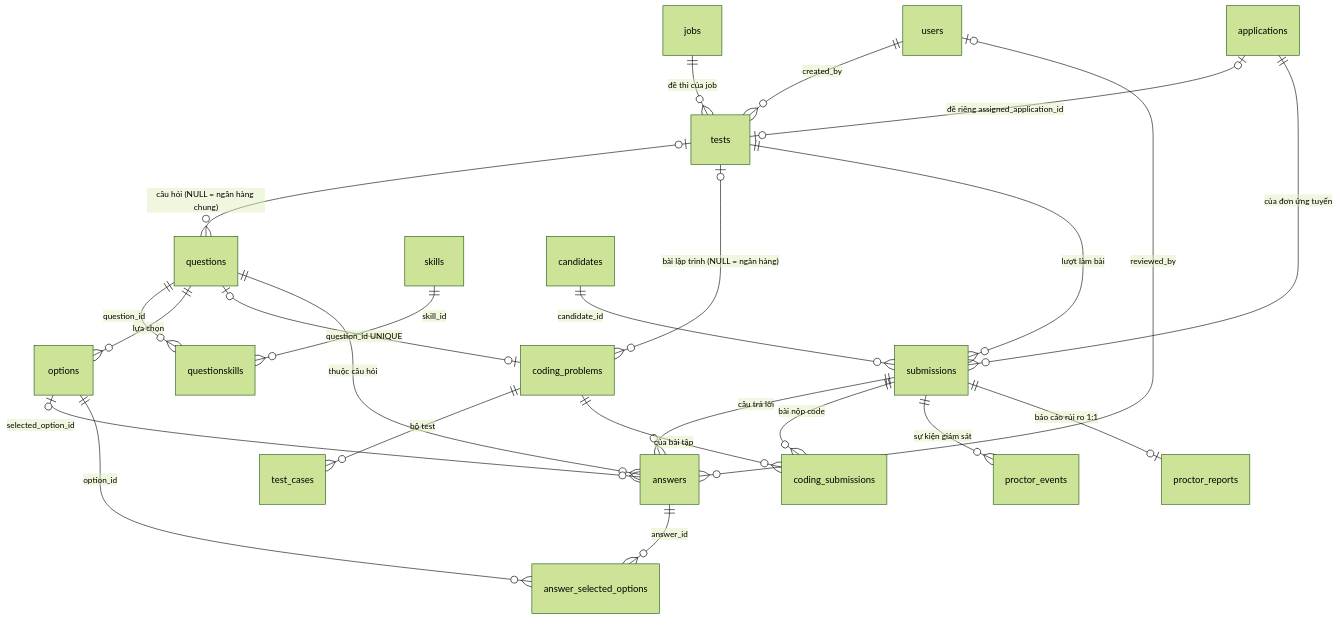
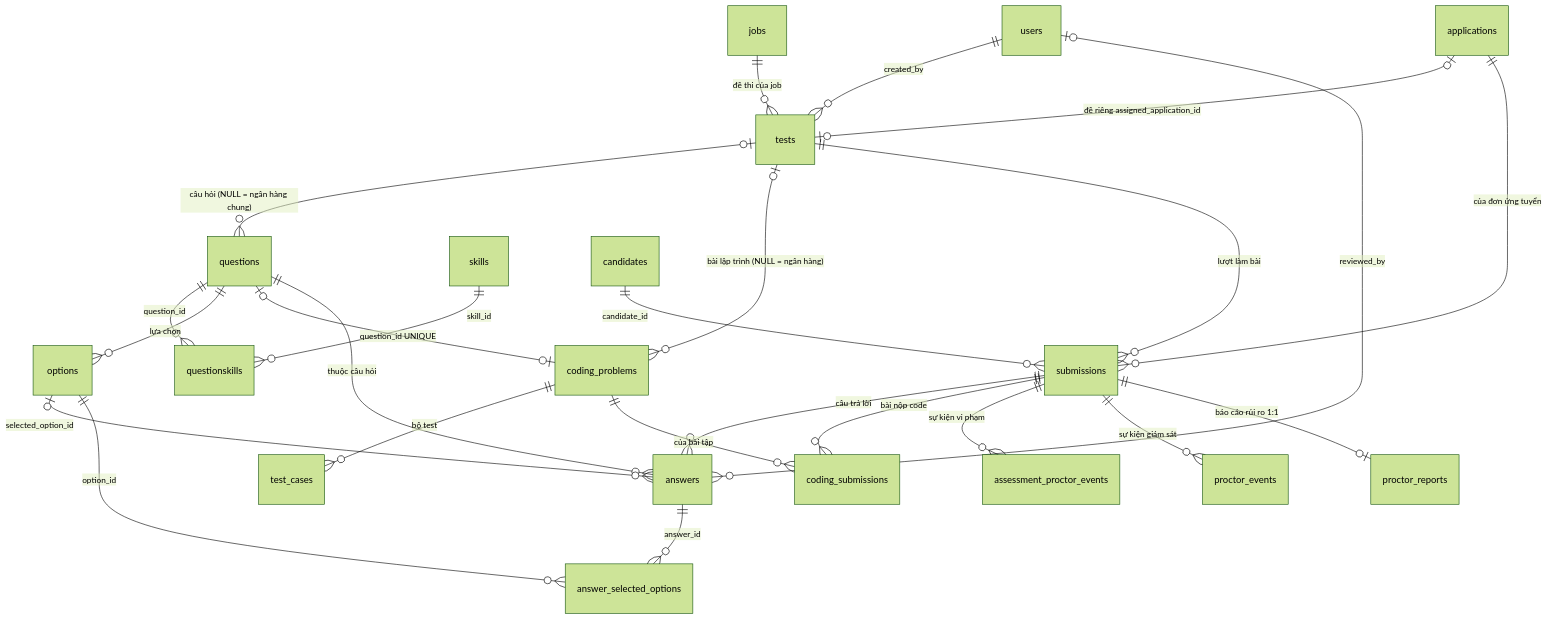
Before and after one commit to hieupnh12/SmartHire-AI: the seventh of 11 diagrams in docs/database/README.md, drawn with Mermaid (forest theme). The commit also changed other lines of this file and 46 other files, not shown here.

````diff
--- a/docs/database/README.md
+++ b/docs/database/README.md
@@ -632,30 +634,31 @@
 ```mermaid
 erDiagram
     jobs ||--o{ tests : "đề thi của job"
     applications |o--o| tests : "đề riêng assigned_application_id"
     users ||--o{ tests : "created_by"
     tests |o--o{ questions : "câu hỏi (NULL = ngân hàng chung)"
     questions ||--o{ questionskills : "question_id"
     skills ||--o{ questionskills : "skill_id"
     questions ||--o{ options : "lựa chọn"
     tests |o--o{ coding_problems : "bài lập trình (NULL = ngân hàng)"
     questions |o--o| coding_problems : "question_id UNIQUE"
     users |o--o{ answers : "reviewed_by"
     coding_problems ||--o{ test_cases : "bộ test"
 
     tests ||--o{ submissions : "lượt làm bài"
     applications ||--o{ submissions : "của đơn ứng tuyển"
     candidates ||--o{ submissions : "candidate_id"
 
     submissions ||--o{ answers : "câu trả lời"
     questions ||--o{ answers : "thuộc câu hỏi"
     options |o--o{ answers : "selected_option_id"
     answers ||--o{ answer_selected_options : "answer_id"
     options ||--o{ answer_selected_options : "option_id"
 
     submissions ||--o{ coding_submissions : "bài nộp code"
     coding_problems ||--o{ coding_submissions : "của bài tập"
 
+    submissions ||--o{ assessment_proctor_events : "sự kiện vi phạm"
     submissions ||--o{ proctor_events : "sự kiện giám sát"
     submissions ||--o| proctor_reports : "báo cáo rủi ro 1:1"
 ```
````
